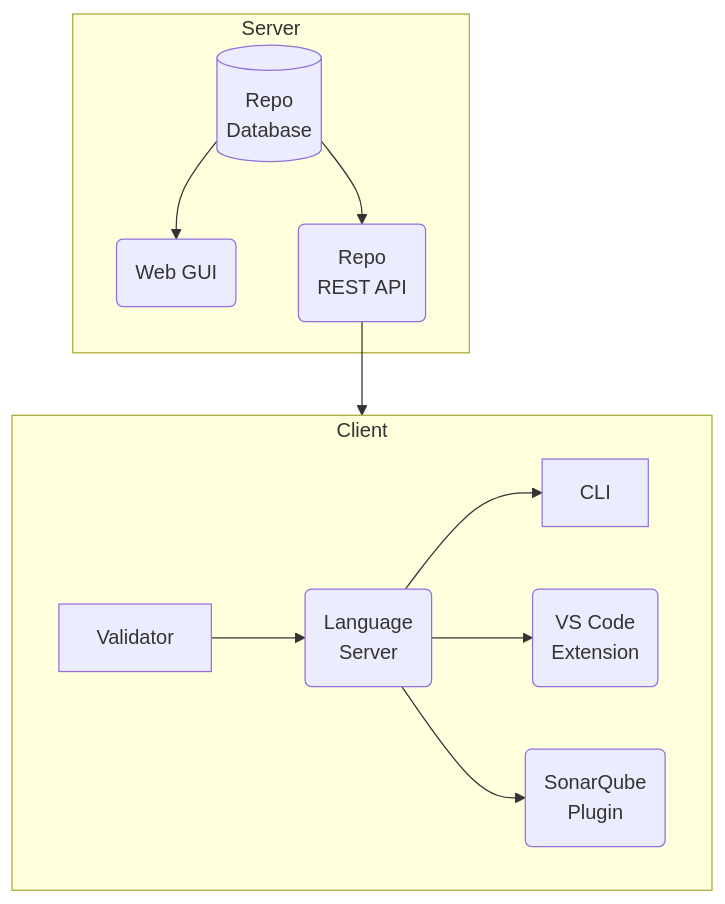
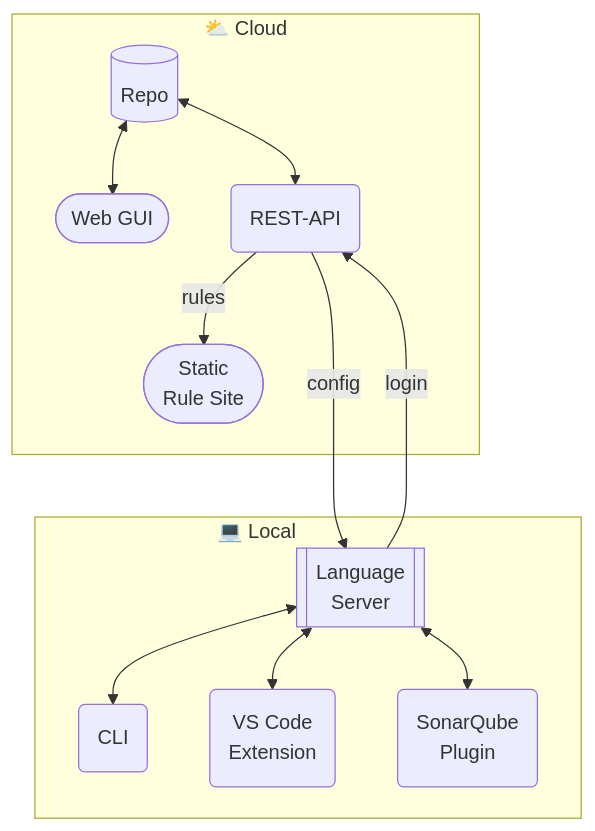
The diagram in docs/src/content/docs/reference/architecture.mdx (Grisselbav/dbLinter), drawn with Mermaid before and after one commit. The commit also changed other lines of this file, not shown here.

Commit message:
update big picture and cloud components

````diff
--- a/docs/src/content/docs/reference/architecture.mdx
+++ b/docs/src/content/docs/reference/architecture.mdx
@@ -12,21 +12,29 @@
 ```mermaid
 flowchart
-    subgraph Server
-        Repo[(Repo
-              Database)] --> GUI
-        Repo --> Repo-REST-API(Repo
-                               REST API)
-        GUI(Web GUI)
+    subgraph Cloud ["⛅ Cloud"]
+        Repo[(Repo)] <--> GUI([Web GUI])
+        Repo <--> REST-API(REST-API)
+        REST-API --rules--> Rule-Site([Static
+                                      Rule Site])
+        click Repo "#repo"
+        click GUI "#web-gui"
+        click REST-API "#rest-api"
+        click Rule-Site "#static-rule-site"
     end
-    Repo-REST-API --> Client
-    subgraph Client
-        Validator --> LS
-        LS --> CLI
-        LS --> VSCode(VS Code
-                      Extension)
-        LS --> SonarQube(SonarQube
-                         Plugin)
-        LS(Language
-           Server)
+
+    subgraph Client ["💻 Local⠀⠀⠀⠀⠀⠀⠀"]
+        LS[[Language
+            Server]] <--> CLI(CLI)
+        LS <--> VSCode(VS Code
+                       Extension)
+        LS <--> SonarQube(SonarQube
+                          Plugin)
+        click LS "#language-server"
+        click CLI "#cli"
+        click VSCode "#vs-code-extension"
+        click SonarQube "#sonarqube-plugin"
     end
+
+    REST-API --config---> LS
+    LS --login--> REST-API
 ```
````
